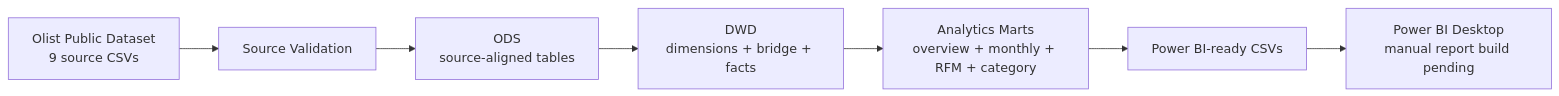
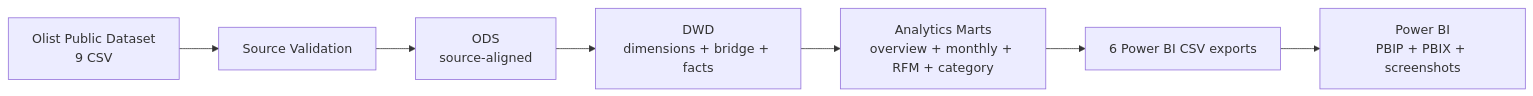
One commit to duerm85-cell/Ecommerce-Operations-Analytics-Assistant changed the first of 2 diagrams in README.md. Above: the diagram before and after it, drawn with Mermaid. The commit also changed other lines of this file and 129 other files, not shown here.

Commit message:
feat: finalize Olist Power BI presentation

````diff
--- a/README.md
+++ b/README.md
@@ -39,9 +53,9 @@
 ```mermaid
 flowchart LR
-    A[Olist Public Dataset<br/>9 source CSVs] --> B[Source Validation]
-    B --> C[ODS<br/>source-aligned tables]
+    A[Olist Public Dataset<br/>9 CSV] --> B[Source Validation]
+    B --> C[ODS<br/>source-aligned]
     C --> D[DWD<br/>dimensions + bridge + facts]
     D --> E[Analytics Marts<br/>overview + monthly + RFM + category]
-    E --> F[Power BI-ready CSVs]
-    F --> G[Power BI Desktop<br/>manual report build pending]
+    E --> F[6 Power BI CSV exports]
+    F --> G[Power BI<br/>PBIP + PBIX + screenshots]
 ```
````
